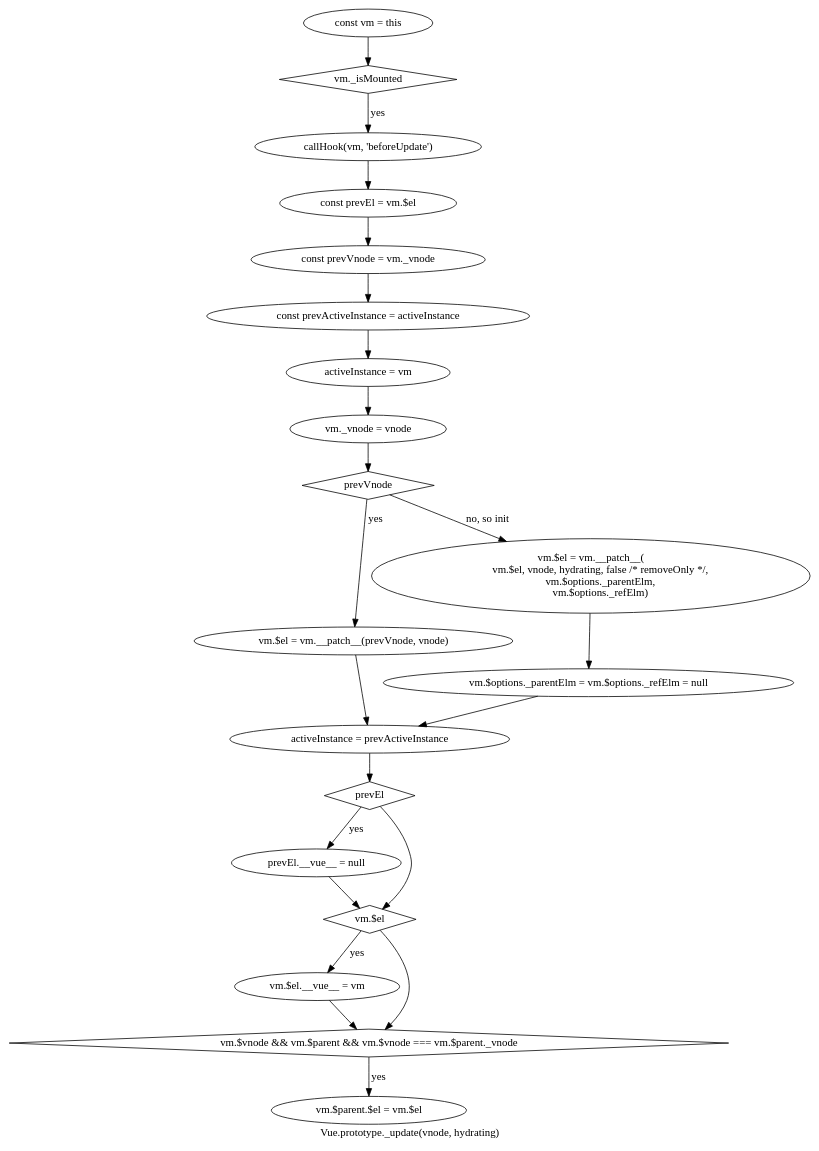
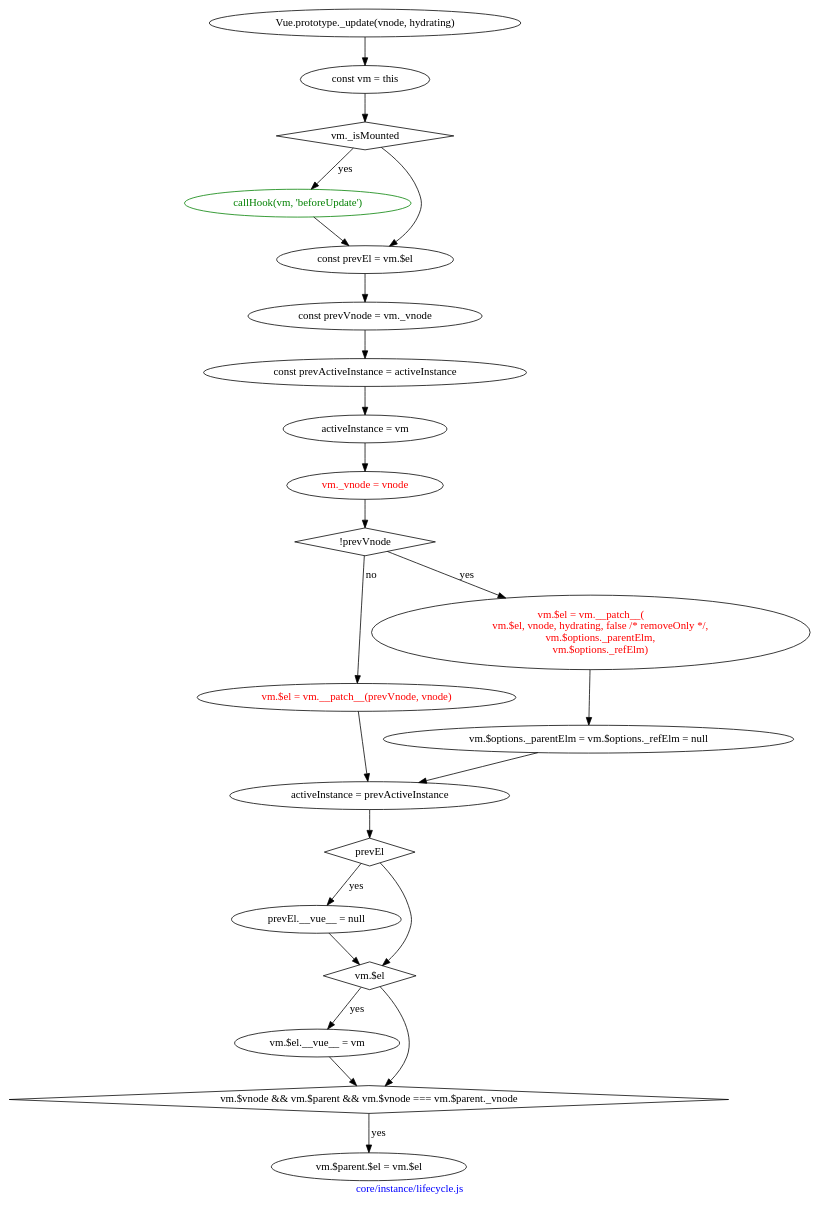
Before and after one commit to ltaoo/vueSourceAnalysis: the diagram in prototypeUpdate.gv, drawn with Graphviz. The commit also changed 7 other files, not shown here.

```diff
--- a/prototypeUpdate.gv
+++ b/prototypeUpdate.gv
@@ -1,100 +1,111 @@
 digraph G {
-    label="Vue.prototype._update(vnode, hydrating)"
+    graph [
+        label="core/instance/lifecycle.js"
+        fontcolor=blue
+    ]
+    start [
+        label="Vue.prototype._update(vnode, hydrating)"
+    ]
     varVm [
         label="const vm = this"
     ]
+    start -> varVm
     isMounted [
         label="vm._isMounted"
         shape=diamond
     ]
     varVm -> isMounted
     callBeforeUpdateHook [
         label="callHook(vm, 'beforeUpdate')"
+        color=green
+        fontcolor=green
     ]
 
     isMounted -> callBeforeUpdateHook [label="yes"]
     varPrevEl [
         label="const prevEl = vm.$el"
     ]
+    isMounted -> varPrevEl
     callBeforeUpdateHook -> varPrevEl
     varPrevVnode [
         label="const prevVnode = vm._vnode"
     ]
     varPrevEl -> varPrevVnode
     varInstance [
         label="const prevActiveInstance = activeInstance"
     ]
     varPrevVnode -> varInstance
 
     resetActiveInstance [
         label="activeInstance = vm"
     ]
     varInstance -> resetActiveInstance
     setVnode [
         label="vm._vnode = vnode"
+        fontcolor=red
     ]
     resetActiveInstance -> setVnode
     prevVnodeIsTrue [
-        label="prevVnode"
+        label="!prevVnode"
         shape=diamond
     ]
     setVnode -> prevVnodeIsTrue
-
     patch [
         label="vm.$el = vm.__patch__(prevVnode, vnode)"
+        fontcolor=red
     ]
-    prevVnodeIsTrue -> patch [label="yes"]
-
+    prevVnodeIsTrue -> patch [label="no"]
     init [
         label="vm.$el = vm.__patch__(
         vm.$el, vnode, hydrating, false /* removeOnly */,
         vm.$options._parentElm,
         vm.$options._refElm)"
+        fontcolor=red
     ]
-    prevVnodeIsTrue -> init [label="no, so init"]
+    prevVnodeIsTrue -> init [label="yes"]
     set [
         label="vm.$options._parentElm = vm.$options._refElm = null"
     ]
     init -> set
 
     resetActiveInstance1 [
         label="activeInstance = prevActiveInstance"
     ]
     patch -> resetActiveInstance1
     set -> resetActiveInstance1
 
     prevEl [
         label="prevEl"
         shape=diamond   
     ]
 
     resetActiveInstance1 -> prevEl
     resetVue [
         label="prevEl.__vue__ = null"
     ]
     prevEl -> resetVue [label="yes"]
 
     el [
         label="vm.$el"
         shape=diamond
     ]
     prevEl -> el
     resetVue -> el
 
     resetElVue [
         label="vm.$el.__vue__ = vm"
     ]
 
     el -> resetElVue [label="yes"]
 
     parentNeedUpdate [
         label="vm.$vnode && vm.$parent && vm.$vnode === vm.$parent._vnode"
         shape=diamond
     ]
     el -> parentNeedUpdate
     resetElVue -> parentNeedUpdate
     updateParent [
         label="vm.$parent.$el = vm.$el"
     ]
     parentNeedUpdate -> updateParent [label="yes"]
 }
```
